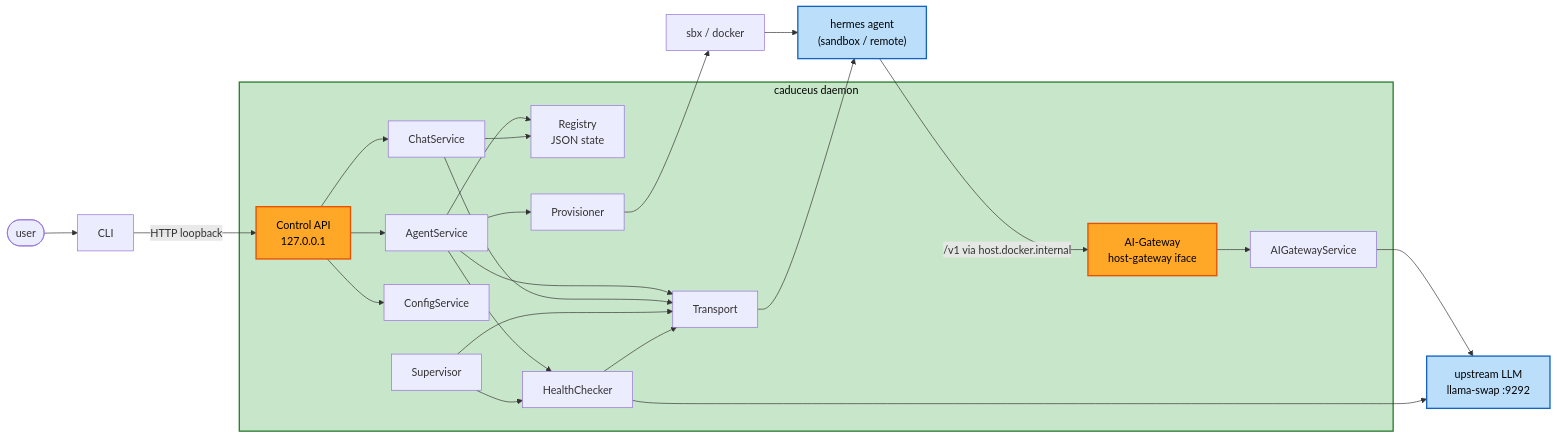
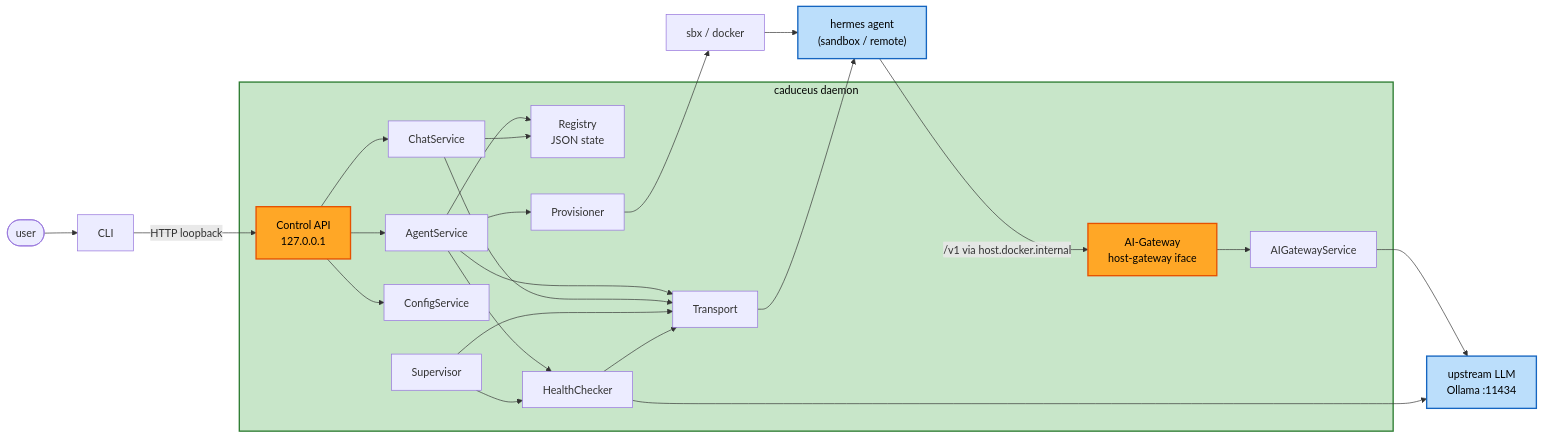
One commit to jay-ai-project/caduceus changed the diagram in aidlc-docs/inception/application-design/component-dependency.md. Above: the diagram before and after it, drawn with Mermaid. The commit also changed other lines of this file and 29 other files, not shown here.

Commit message:
Remove personal-environment residue (localhost:9292, llamacpp/gemma-4-12b, llama-swap) for OSS release; use Ollama defaults in hints

````diff
--- a/aidlc-docs/inception/application-design/component-dependency.md
+++ b/aidlc-docs/inception/application-design/component-dependency.md
@@ -41,49 +41,49 @@
 ```mermaid
 flowchart LR
     USER(["user"])
     CLI["CLI"]
     subgraph DAEMON["caduceus daemon"]
         CTRL["Control API<br/>127.0.0.1"]
         AIGW["AI-Gateway<br/>host-gateway iface"]
         AS["AgentService"]
         CS["ChatService"]
         CFG["ConfigService"]
         GS["AIGatewayService"]
         REG["Registry<br/>JSON state"]
         PV["Provisioner"]
         TR["Transport"]
         SUP["Supervisor"]
         HC["HealthChecker"]
     end
     SBX["sbx / docker"]
     AGENT["hermes agent<br/>(sandbox / remote)"]
-    UP["upstream LLM<br/>llama-swap :9292"]
+    UP["upstream LLM<br/>Ollama :11434"]
 
     USER --> CLI
     CLI -->|HTTP loopback| CTRL
     CTRL --> AS
     CTRL --> CS
     CTRL --> CFG
     AS --> REG
     AS --> PV
     AS --> TR
     AS --> HC
     CS --> TR
     CS --> REG
     PV --> SBX
     SBX --> AGENT
     TR --> AGENT
     AGENT -->|/v1 via host.docker.internal| AIGW
     AIGW --> GS
     GS --> UP
     SUP --> HC
     SUP --> TR
     HC --> TR
     HC --> UP
 
     style DAEMON fill:#C8E6C9,stroke:#2E7D32,stroke-width:2px,color:#000
     style AIGW fill:#FFA726,stroke:#E65100,stroke-width:2px,color:#000
     style CTRL fill:#FFA726,stroke:#E65100,stroke-width:2px,color:#000
     style UP fill:#BBDEFB,stroke:#1565C0,stroke-width:2px,color:#000
     style AGENT fill:#BBDEFB,stroke:#1565C0,stroke-width:2px,color:#000
 ```
````
